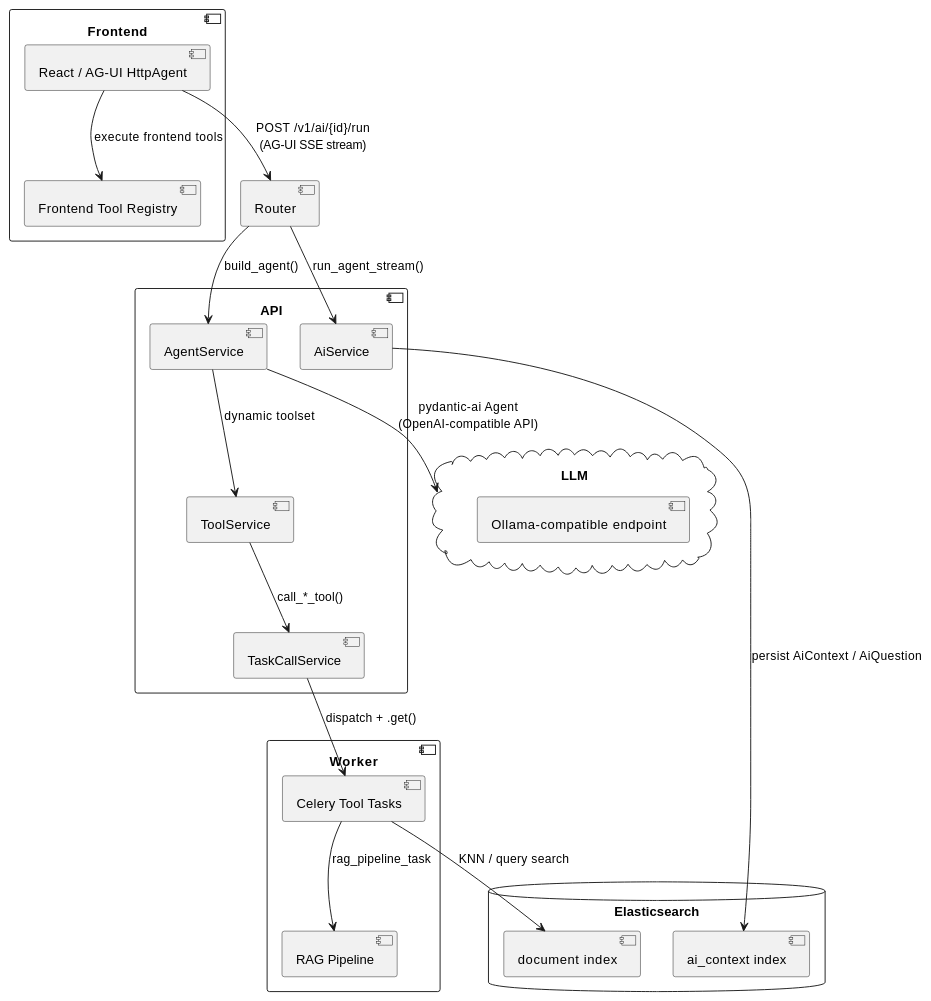
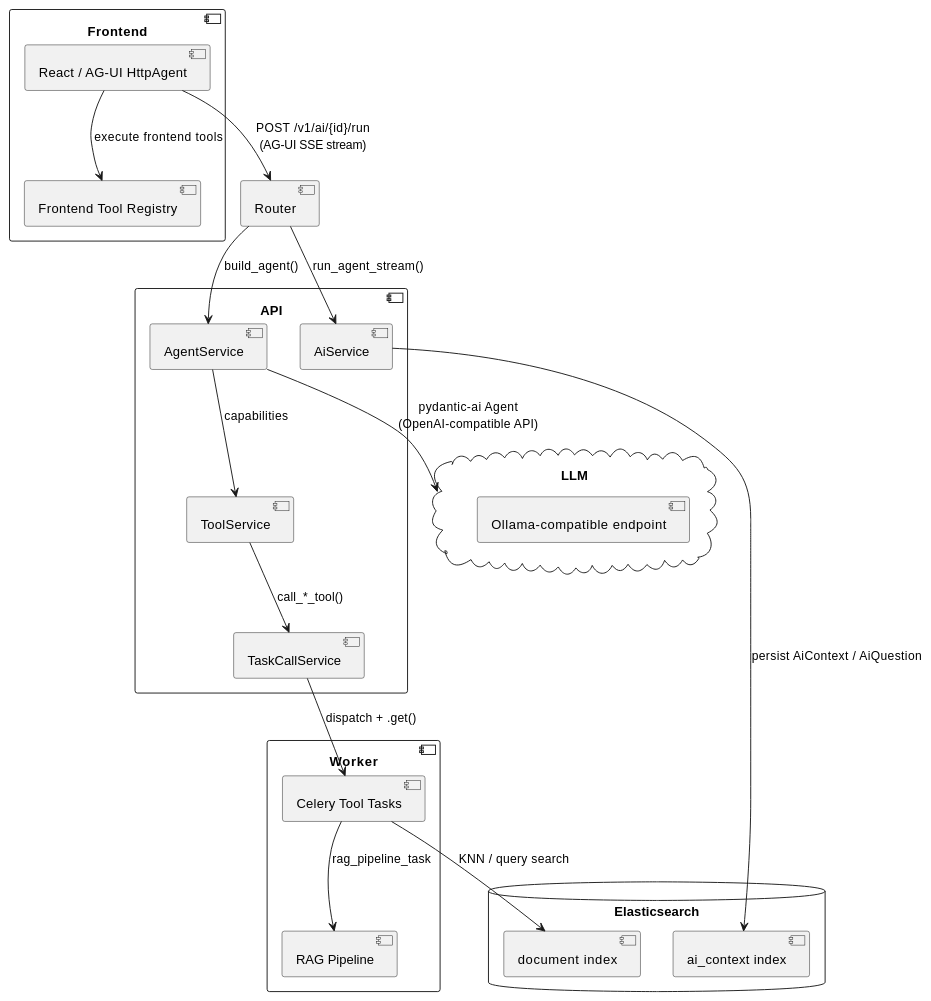
The first of 4 diagrams in Documentation/ai.md (Swiss-Armed-Forces/Loom), drawn with PlantUML before and after one commit. The commit also changed other lines of this file and 15 other files, not shown here.

````diff
--- a/Documentation/ai.md
+++ b/Documentation/ai.md
@@ -19,41 +17,41 @@
 ```plantuml
 @startuml
 component Frontend {
   [React / AG-UI HttpAgent]
   [Frontend Tool Registry]
 }
 
 component API {
   [AgentService]
   [AiService]
   [ToolService]
   [TaskCallService]
 }
 
 component Worker {
   [Celery Tool Tasks]
   [RAG Pipeline]
 }
 
 database Elasticsearch {
   [ai_context index]
   [document index]
 }
 
 cloud LLM {
   [Ollama-compatible endpoint]
 }
 
 [React / AG-UI HttpAgent] --> [Router] : POST /v1/ai/{id}/run\n(AG-UI SSE stream)
 [Router] --> [AgentService] : build_agent()
 [Router] --> [AiService] : run_agent_stream()
 [AgentService] --> LLM : pydantic-ai Agent\n(OpenAI-compatible API)
-[AgentService] --> [ToolService] : dynamic toolset
+[AgentService] --> [ToolService] : capabilities
 [ToolService] --> [TaskCallService] : call_*_tool()
 [TaskCallService] --> [Celery Tool Tasks] : dispatch + .get()
 [Celery Tool Tasks] --> [document index] : KNN / query search
 [Celery Tool Tasks] --> [RAG Pipeline] : rag_pipeline_task
 [AiService] --> [ai_context index] : persist AiContext / AiQuestion
 [React / AG-UI HttpAgent] --> [Frontend Tool Registry] : execute frontend tools
 @enduml
 ```
````
